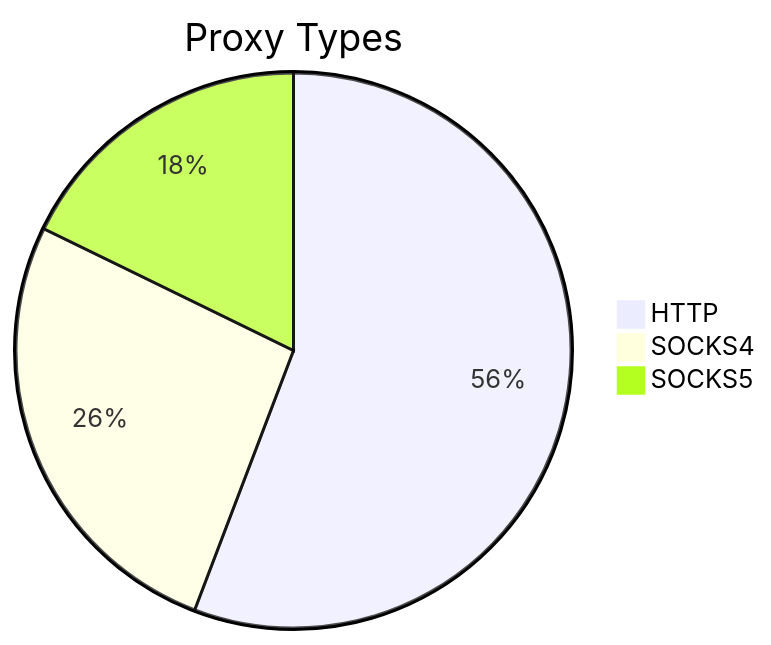
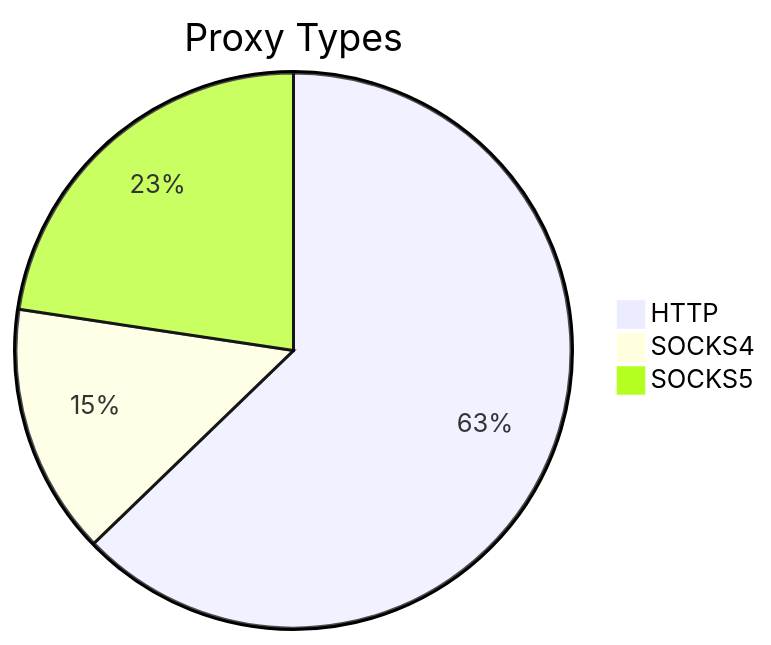
One commit to stormsia/proxy-list changed the first of 2 diagrams in README.md. Above: the diagram before and after it, drawn with Mermaid. The commit also changed other lines of this file, not shown here.

````diff
--- a/README.md
+++ b/README.md
@@ -21,6 +21,6 @@
 ```mermaid
 pie title Proxy Types
-    "HTTP" : 342
-    "SOCKS4" : 162
-    "SOCKS5" : 109
+    "HTTP" : 172
+    "SOCKS4" : 40
+    "SOCKS5" : 62
 ```
````
